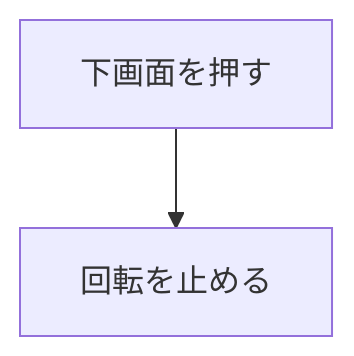
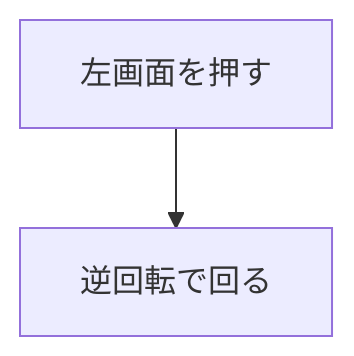
The eighth of 9 diagrams in spinner/ドキュメント/ユースケース.md (pfgnsb/hand-spinner), drawn with Mermaid before and after one commit. The commit also changed other lines of this file and 10 other files, not shown here.

````diff
--- a/spinner/ドキュメント/ユースケース.md
+++ b/spinner/ドキュメント/ユースケース.md
@@ -146,4 +167,4 @@
 ```mermaid
 flowchart TD
-  a[下画面を押す] --> b[回転を止める]
+  a[左画面を押す] --> b[逆回転で回る]
 ```
````
